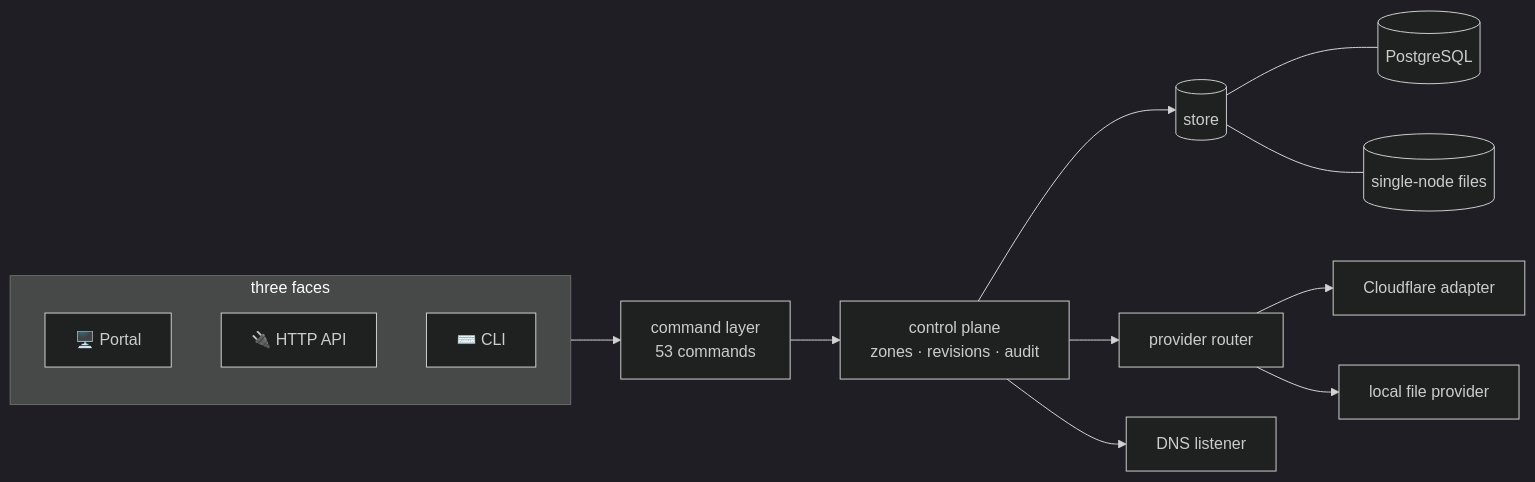
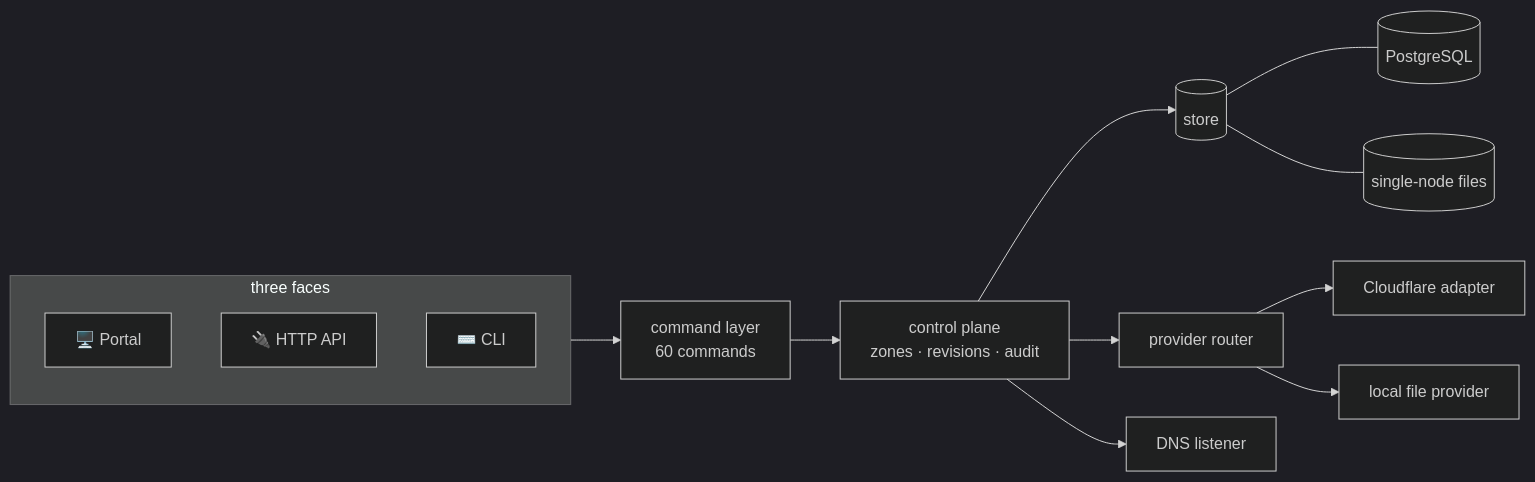
The second of 3 diagrams in README.md (henryj-dev/parallax), drawn with Mermaid (dark theme) before and after one commit. The commit also changed other lines of this file and 77 other files, not shown here.

````diff
--- a/README.md
+++ b/README.md
@@ -205,21 +205,21 @@
 ```mermaid
 flowchart LR
     subgraph faces["three faces"]
         P["🖥️ Portal"]
         A["🔌 HTTP API"]
         C["⌨️ CLI"]
     end
 
-    faces --> CMD["command layer<br/>53 commands"]
+    faces --> CMD["command layer<br/>60 commands"]
     CMD --> CP["control plane<br/>zones · revisions · audit"]
 
     CP --> ST[("store")]
     CP --> RT["provider router"]
 
     ST --- PG[("PostgreSQL")]
     ST --- FS[("single-node files")]
 
     RT --> CFA["Cloudflare adapter"]
     RT --> LOC["local file provider"]
     CP --> DNS["DNS listener"]
 ```
````
